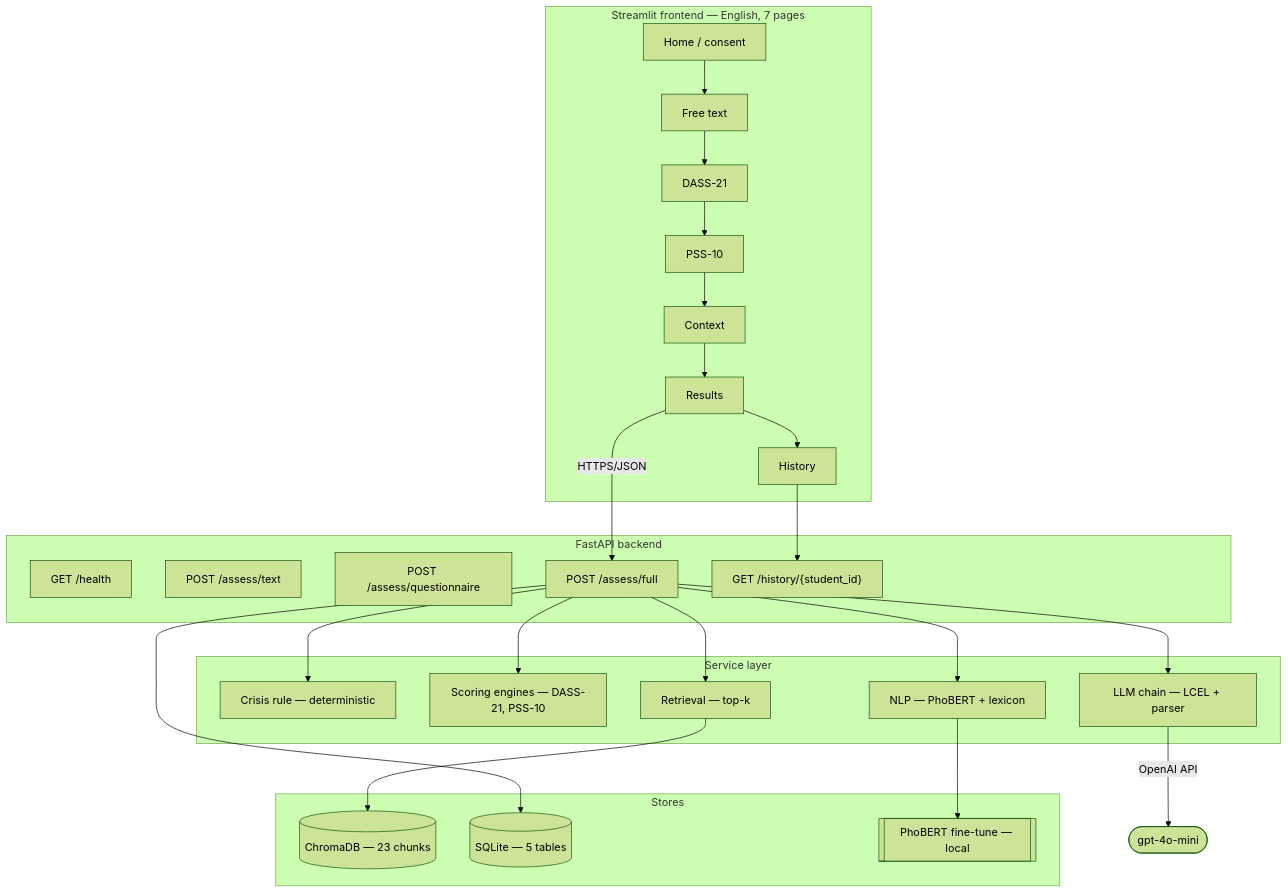
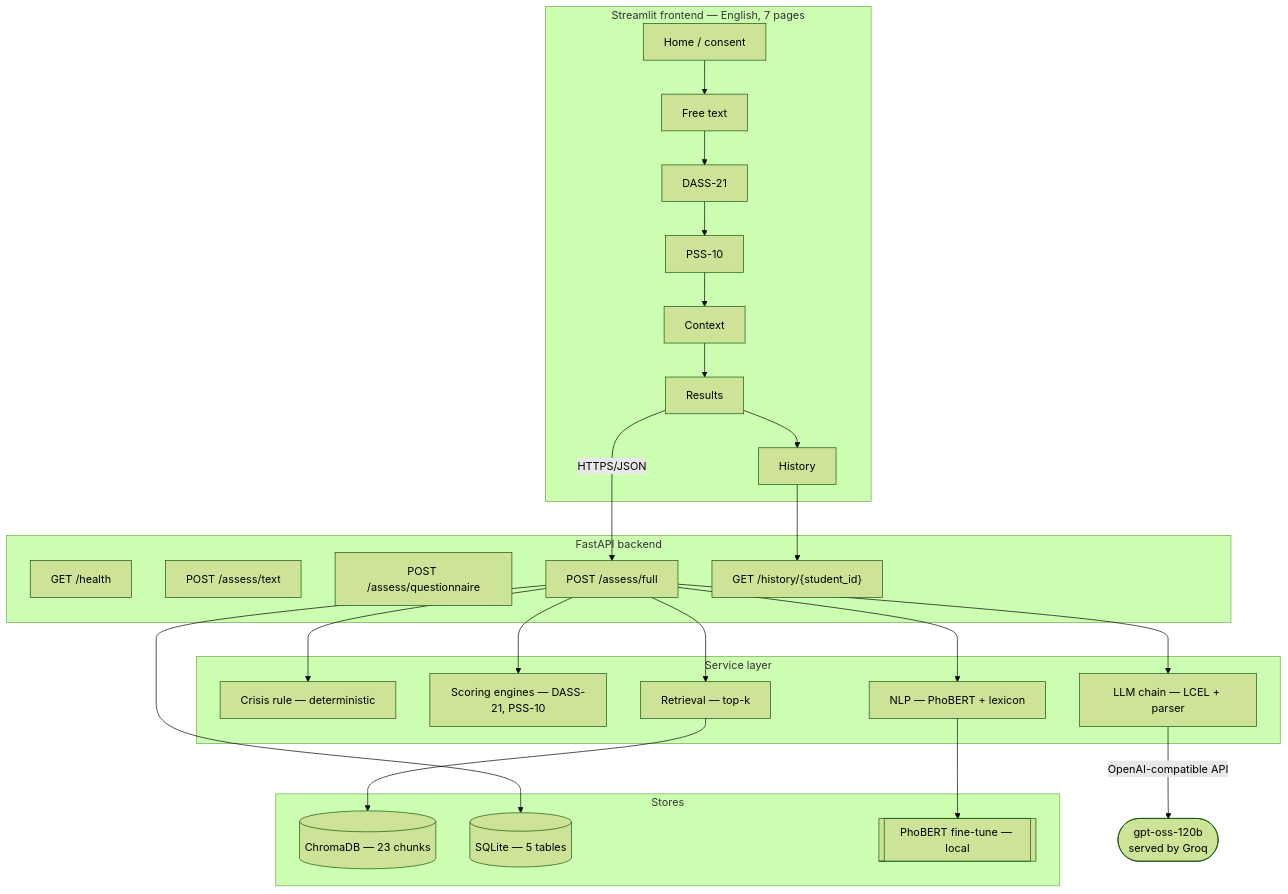
Before and after one commit to nmihtuna204/academic-stress-detection: the first of 3 diagrams in report/PreThesis_Report.md, drawn with Mermaid (forest theme). The commit also changed other lines of this file and 58 other files, not shown here.

````diff
--- a/report/PreThesis_Report.md
+++ b/report/PreThesis_Report.md
@@ -272,33 +276,33 @@
 ```mermaid
 graph TB
     subgraph UI["Streamlit frontend — English, 7 pages"]
         P0["Home / consent"] --> P1["Free text"] --> P2["DASS-21"]
         P2 --> P3["PSS-10"] --> P4["Context"] --> P5["Results"] --> P6["History"]
     end
     subgraph API["FastAPI backend"]
         E1["GET /health"]
         E2["POST /assess/text"]
         E3["POST /assess/questionnaire"]
         E4["POST /assess/full"]
         E5["GET /history/{student_id}"]
     end
     subgraph SVC["Service layer"]
         S1["Crisis rule — deterministic"]
         S2["Scoring engines — DASS-21, PSS-10"]
         S3["NLP — PhoBERT + lexicon"]
         S4["Retrieval — top-k"]
         S5["LLM chain — LCEL + parser"]
     end
     subgraph ST["Stores"]
         D1[("ChromaDB — 23 chunks")]
         D2[("SQLite — 5 tables")]
         D3[["PhoBERT fine-tune — local"]]
     end
     P5 -->|HTTPS/JSON| E4
     P6 --> E5
     E4 --> S1 & S2 & S3 & S4 & S5
     S3 --> D3
     S4 --> D1
     E4 --> D2
-    S5 -->|OpenAI API| EXT(["gpt-4o-mini"])
+    S5 -->|OpenAI-compatible API| EXT(["gpt-oss-120b<br/>served by Groq"])
 ```
````
